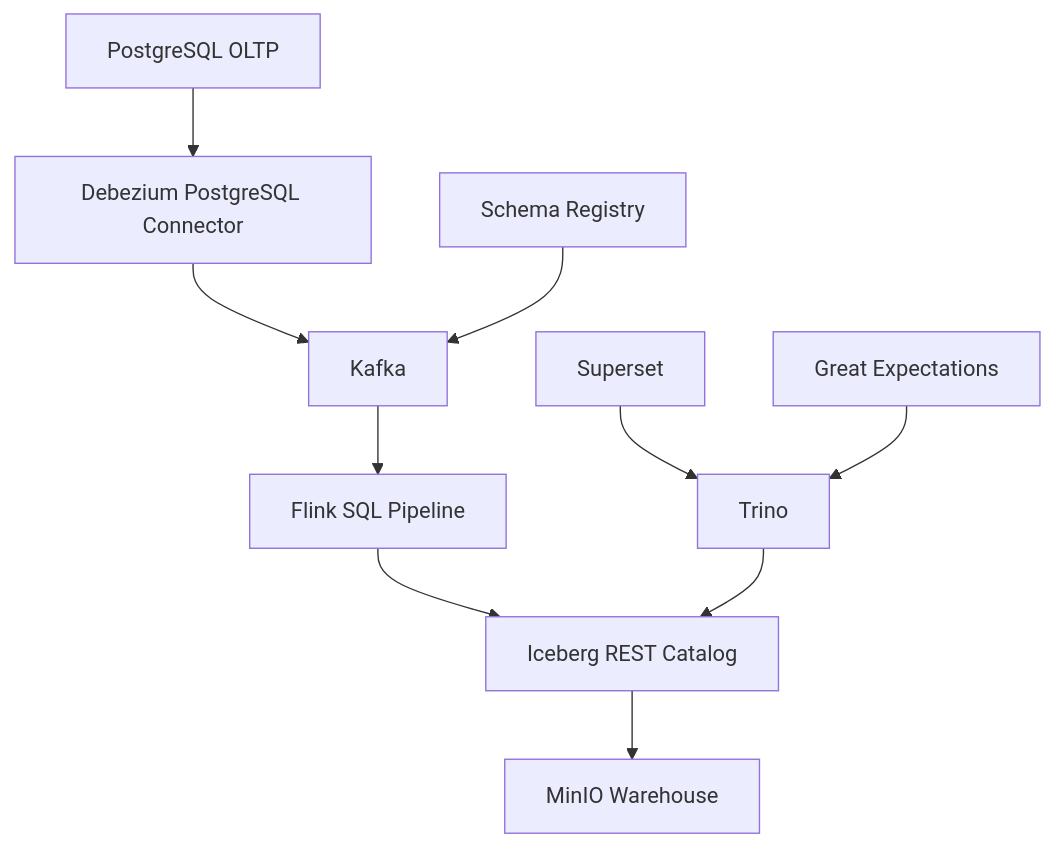
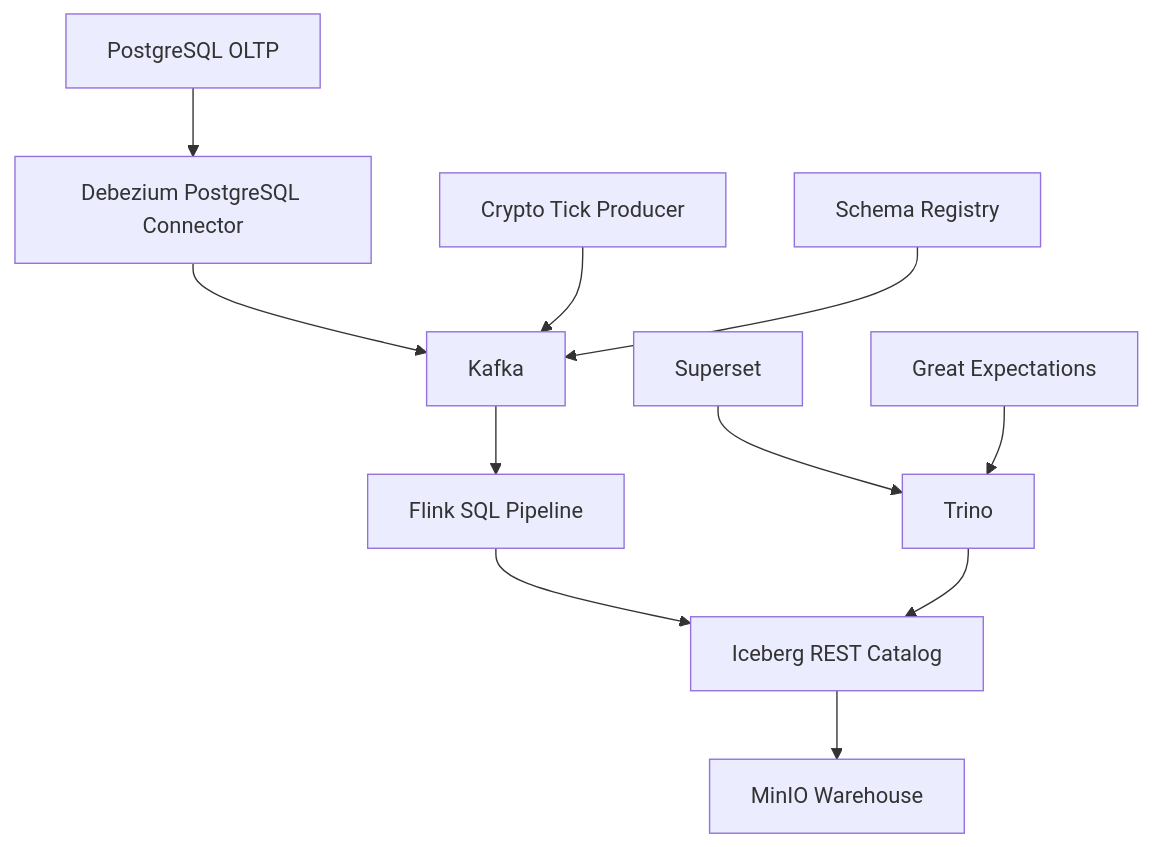
The diagram in docs/architecture.md (YoongeonChoi/Realtime-Lakehouse-Mini-Platform-CDC-Streaming-Iceberg-), drawn with Mermaid before and after one commit. The commit also changed other lines of this file and 16 other files, not shown here.

Commit message:
Add crypto tick stream expansion

````diff
--- a/docs/architecture.md
+++ b/docs/architecture.md
@@ -20,22 +21,24 @@
 ```mermaid
 flowchart TD
     PG["PostgreSQL OLTP"]
     DBZ["Debezium PostgreSQL Connector"]
+    MP["Crypto Tick Producer"]
     K["Kafka"]
     SR["Schema Registry"]
     FP["Flink SQL Pipeline"]
     IR["Iceberg REST Catalog"]
     M["MinIO Warehouse"]
     T["Trino"]
     S["Superset"]
     G["Great Expectations"]
 
     PG --> DBZ --> K
+    MP --> K
     SR --> K
     K --> FP
     FP --> IR
     IR --> M
     T --> IR
     S --> T
     G --> T
 ```
````
